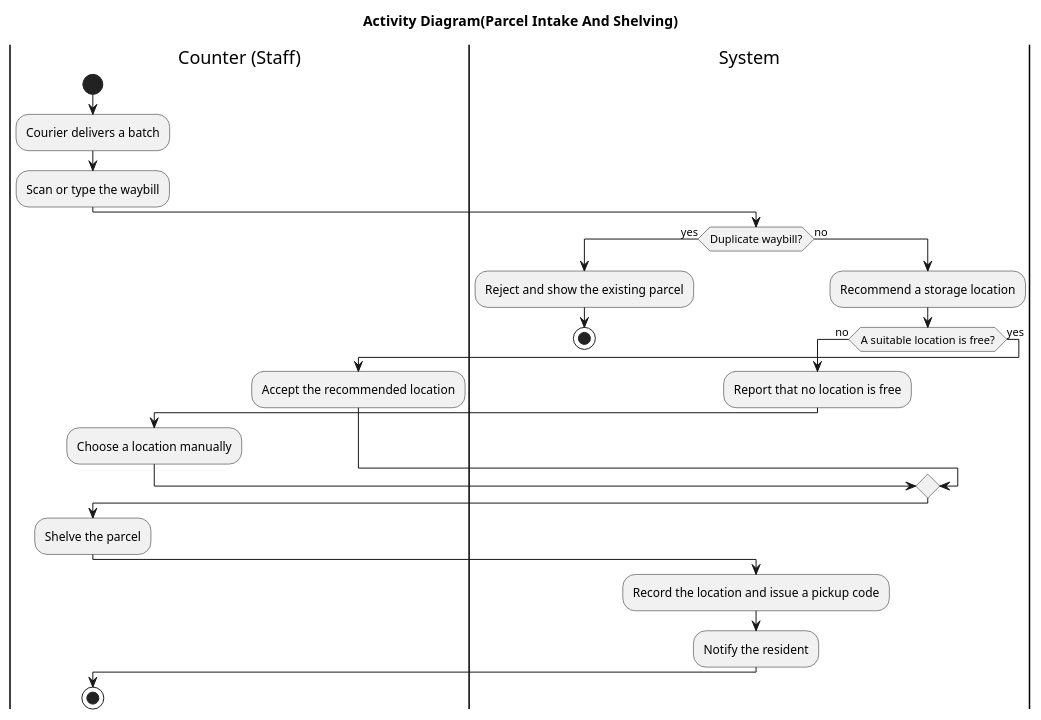
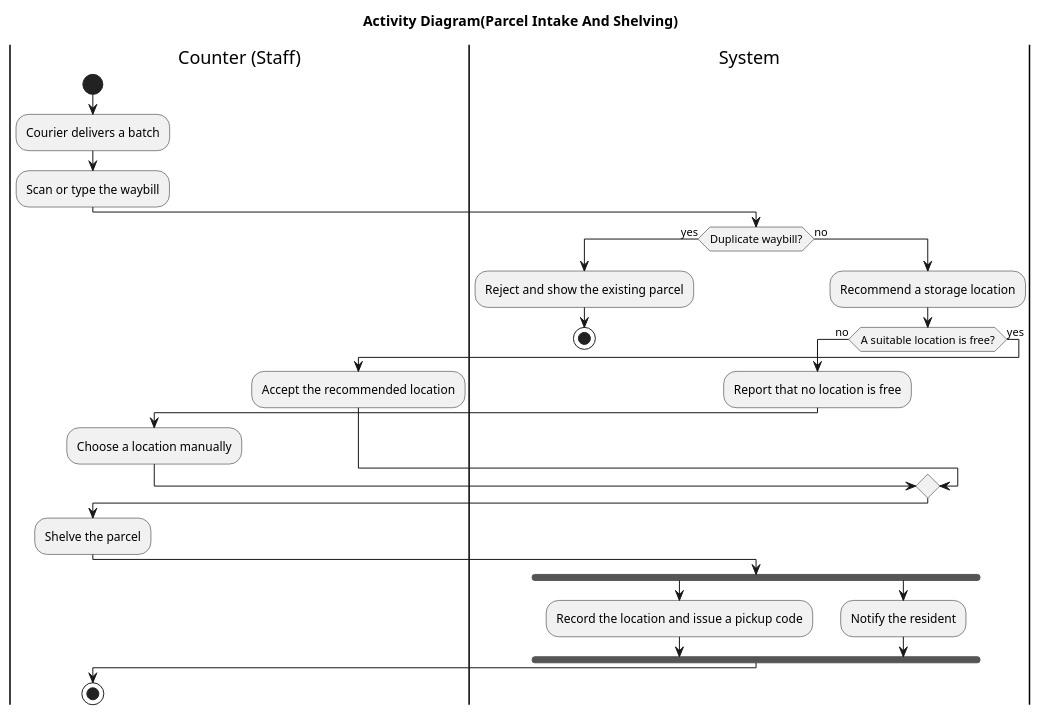
The diagram in docs/02-design/uml/activity-parcel-intake.puml (123dvfj123/linyi-collection-point), drawn with PlantUML before and after one commit. The commit also changed 1 other file, not shown here.

```diff
--- a/docs/02-design/uml/activity-parcel-intake.puml
+++ b/docs/02-design/uml/activity-parcel-intake.puml
@@ -1,31 +1,34 @@
 @startuml activity-parcel-intake
 title Activity Diagram(Parcel Intake And Shelving)
 |Counter (Staff)|
 start
 :Courier delivers a batch;
 :Scan or type the waybill;
 |System|
 if (Duplicate waybill?) then (yes)
   :Reject and show the existing parcel;
   stop
 else (no)
   :Recommend a storage location;
   if (A suitable location is free?) then (no)
     :Report that no location is free;
     |Counter (Staff)|
     :Choose a location manually;
     |System|
   else (yes)
     |Counter (Staff)|
     :Accept the recommended location;
     |System|
   endif
 endif
 |Counter (Staff)|
 :Shelve the parcel;
 |System|
-:Record the location and issue a pickup code;
-:Notify the resident;
+fork
+  :Record the location and issue a pickup code;
+fork again
+  :Notify the resident;
+end fork
 |Counter (Staff)|
 stop
 @enduml
```
